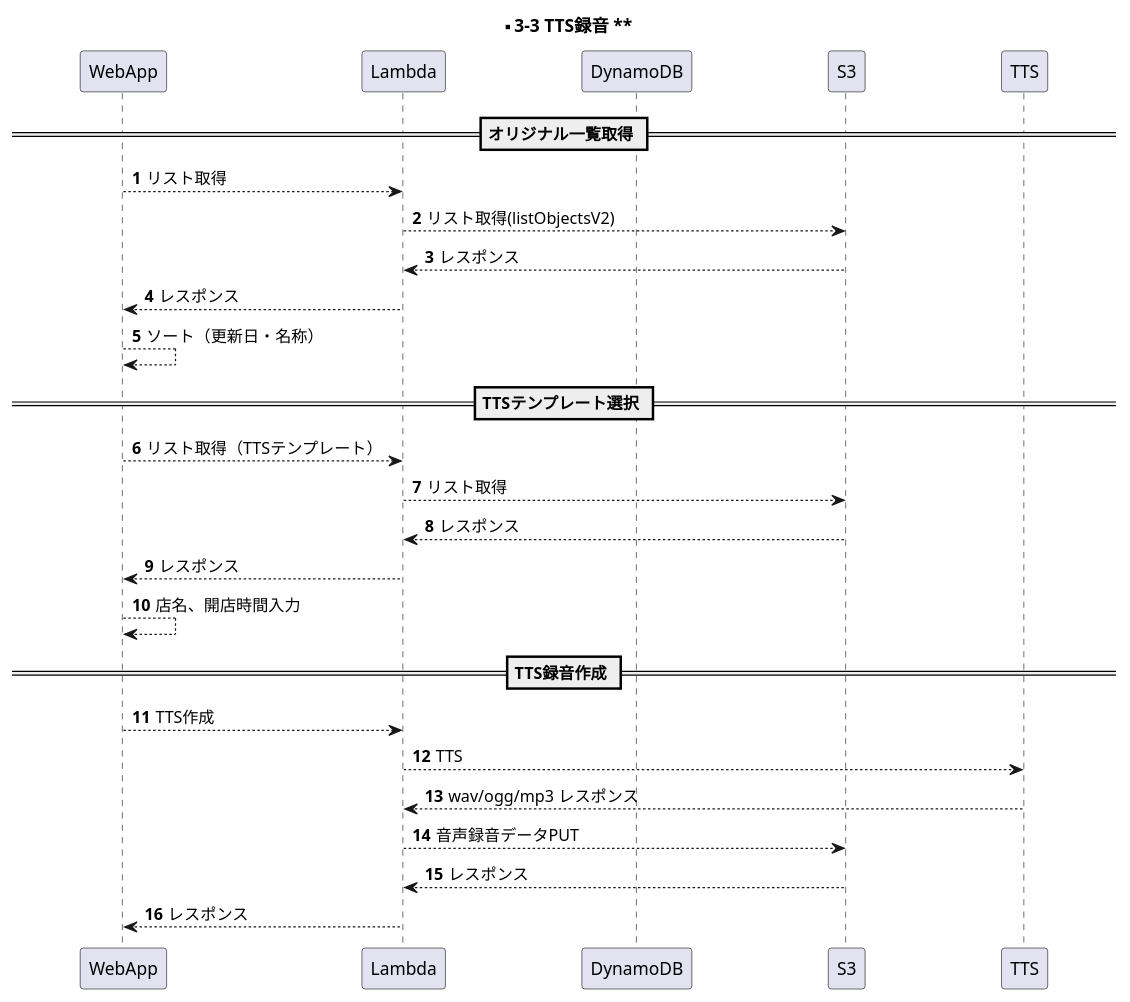
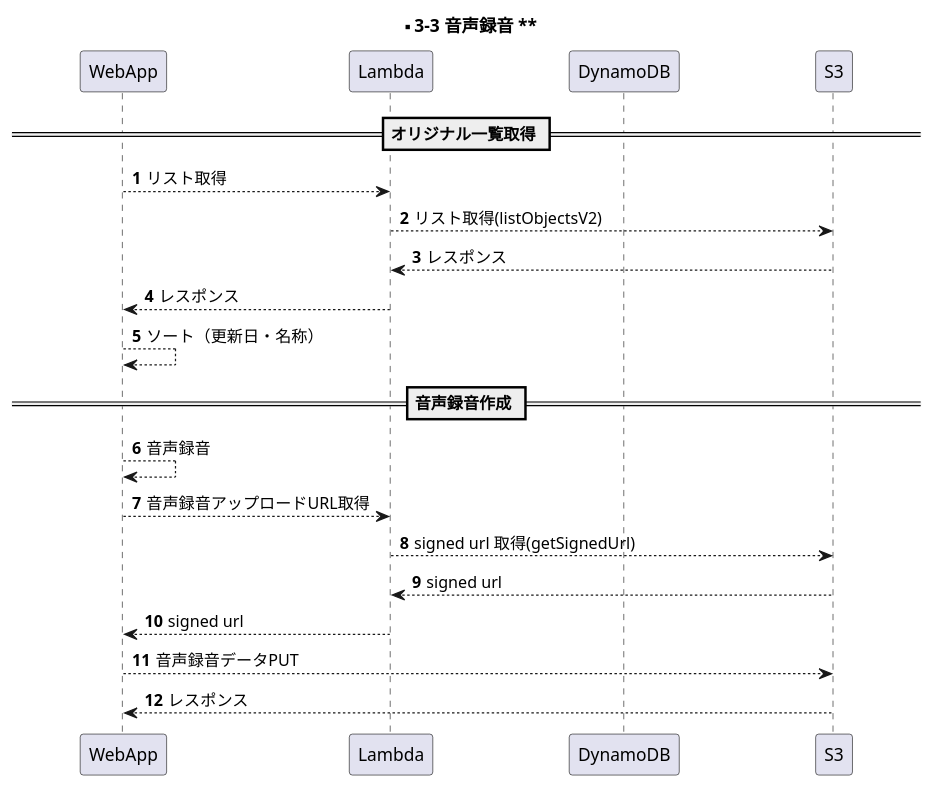
One commit to y-watanabe-usen/umesse-test changed the diagram in documents/uml/s3-3.wsd. Above: the diagram before and after it, drawn with PlantUML. The commit also changed 9 other files, not shown here.

```diff
--- a/documents/uml/s3-3.wsd
+++ b/documents/uml/s3-3.wsd
@@ -1,35 +1,28 @@
 @startuml s3-3
 
 participant WebApp order 1
 participant Lambda order 2
 participant DynamoDB order 3
 participant S3 order 4
-participant TTS order 5
 skinparam ParticipantPadding 50
 autonumber
 
-title ** 3-3 TTS録音 **
+title ** 3-3 音声録音 **
 
 == オリジナル一覧取得 ==
 WebApp --> Lambda: リスト取得
 Lambda --> S3: リスト取得(listObjectsV2)
 Lambda <-- S3: レスポンス
 WebApp <-- Lambda: レスポンス
 WebApp --> WebApp: ソート（更新日・名称）
 
-== TTSテンプレート選択 ==
-WebApp --> Lambda: リスト取得（TTSテンプレート）
-Lambda --> S3: リスト取得
-Lambda <-- S3: レスポンス
-WebApp <-- Lambda: レスポンス
-WebApp --> WebApp: 店名、開店時間入力
-
-== TTS録音作成 ==
-WebApp --> Lambda: TTS作成
-Lambda --> TTS: TTS
-Lambda <-- TTS: wav/ogg/mp3 レスポンス
-Lambda --> S3: 音声録音データPUT
-Lambda <-- S3: レスポンス
-WebApp <-- Lambda: レスポンス
+== 音声録音作成 ==
+WebApp --> WebApp: 音声録音
+WebApp --> Lambda: 音声録音アップロードURL取得
+Lambda --> S3: signed url 取得(getSignedUrl)
+Lambda <-- S3: signed url
+WebApp <-- Lambda: signed url
+WebApp --> S3: 音声録音データPUT
+WebApp <-- S3: レスポンス
 
 @enduml
```
